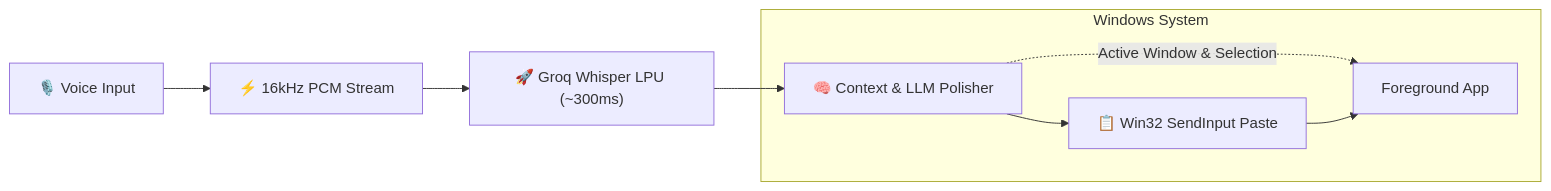
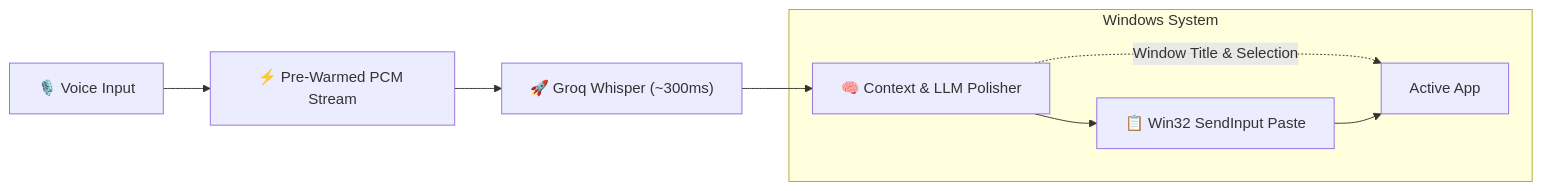
Before and after one commit to VijitPugalia/Murmur: the diagram in README.md, drawn with Mermaid. The commit also changed other lines of this file, not shown here.

````diff
--- a/README.md
+++ b/README.md
@@ -15,12 +16,12 @@
 ```mermaid
 flowchart LR
-    A["🎙️ Voice Input"] --> B["⚡ 16kHz PCM Stream"]
-    B --> C["🚀 Groq Whisper LPU (~300ms)"]
+    A["🎙️ Voice Input"] --> B["⚡ Pre-Warmed PCM Stream"]
+    B --> C["🚀 Groq Whisper (~300ms)"]
     C --> D["🧠 Context & LLM Polisher"]
     D --> E["📋 Win32 SendInput Paste"]
     
     subgraph Windows System
-        D -. Active Window & Selection .-> F["Foreground App"]
+        D -. Window Title & Selection .-> F["Active App"]
         E --> F
     end
 ```
````
